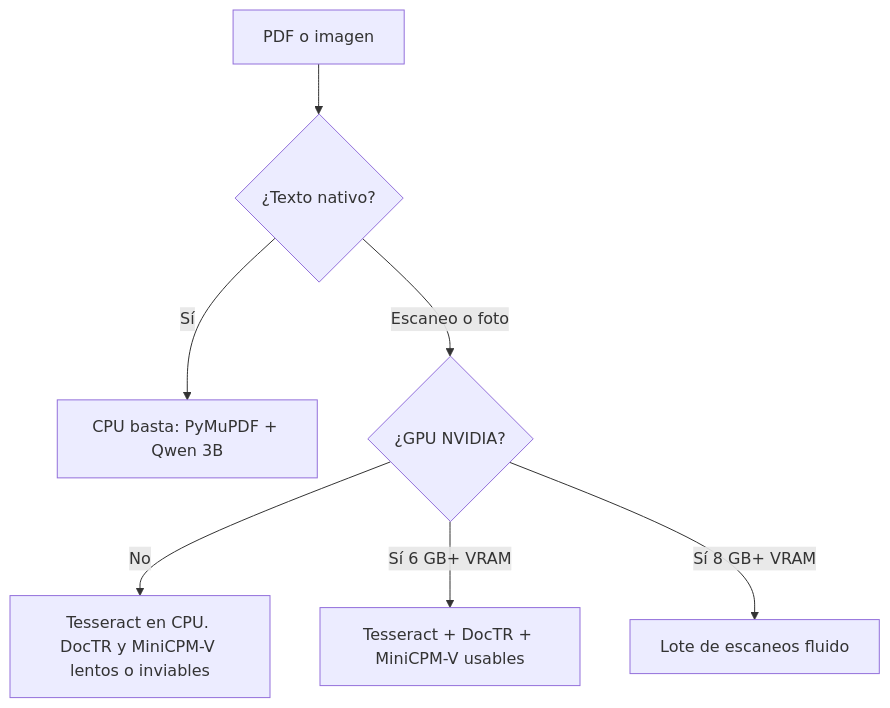
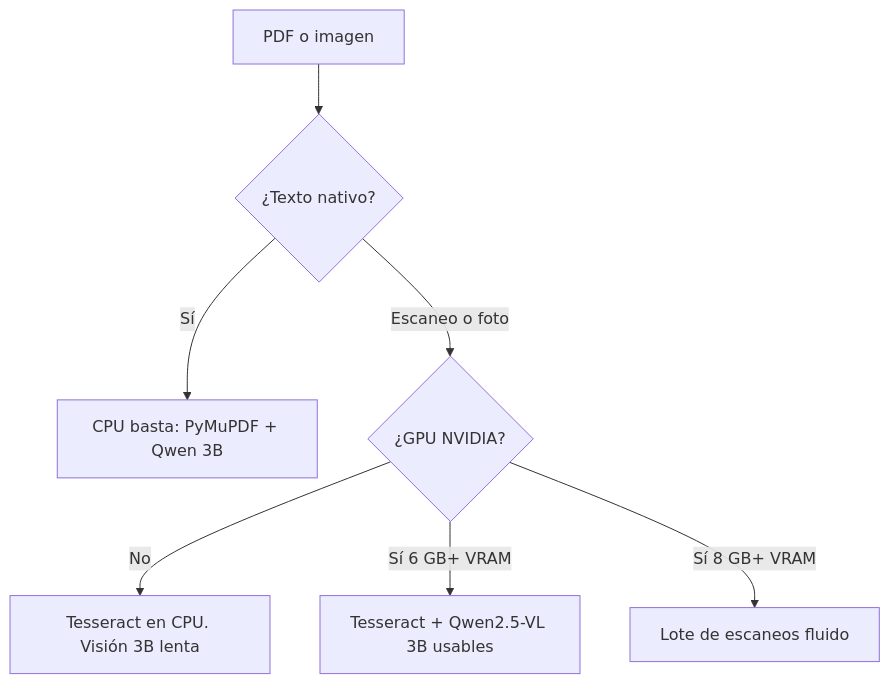
One commit to jose-JQ/manpac changed the third of 3 diagrams in README.md. Above: the diagram before and after it, drawn with Mermaid. The commit also changed other lines of this file and 2 other files, not shown here.

````diff
--- a/README.md
+++ b/README.md
@@ -151,9 +151,9 @@
 ```mermaid
 flowchart TB
     doc[PDF o imagen] --> tipo{¿Texto nativo?}
     tipo -->|Sí| cpuOk[CPU basta: PyMuPDF + Qwen 3B]
     tipo -->|Escaneo o foto| hw{¿GPU NVIDIA?}
-    hw -->|No| cpuScan[Tesseract en CPU. DocTR y MiniCPM-V lentos o inviables]
-    hw -->|Sí 6 GB+ VRAM| gpuScan[Tesseract + DocTR + MiniCPM-V usables]
+    hw -->|No| cpuScan[Tesseract en CPU. Visión 3B lenta]
+    hw -->|Sí 6 GB+ VRAM| gpuScan[Tesseract + Qwen2.5-VL 3B usables]
     hw -->|Sí 8 GB+ VRAM| gpuOk[Lote de escaneos fluido]
 ```
````
